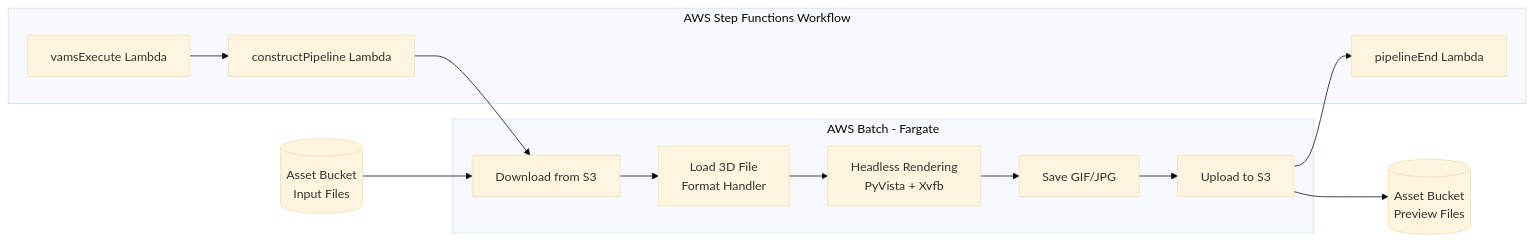
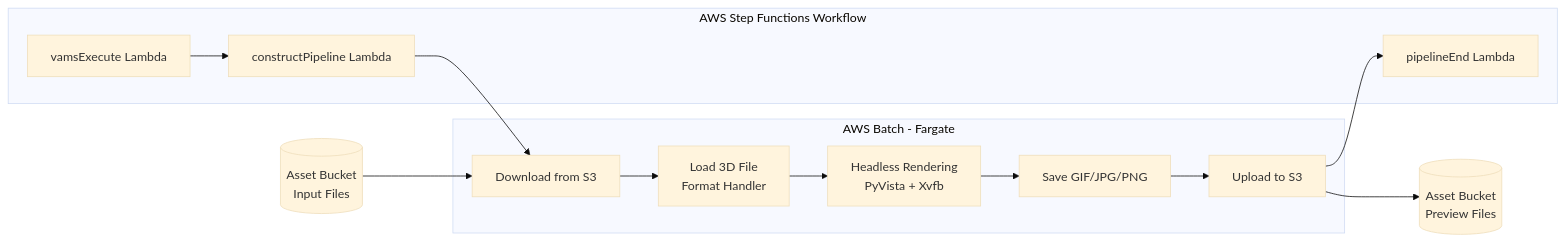
The diagram in documentation/docusaurus-site/docs/pipelines/3d-thumbnail.md (awslabs/visual-asset-management-system), drawn with Mermaid (base theme) before and after one commit. The commit also changed other lines of this file and 2239 other files, not shown here.

````diff
--- a/documentation/docusaurus-site/docs/pipelines/3d-thumbnail.md
+++ b/documentation/docusaurus-site/docs/pipelines/3d-thumbnail.md
@@ -48,29 +48,29 @@
 ```mermaid
 flowchart LR
     subgraph Workflow["AWS Step Functions Workflow"]
         VE[vamsExecute Lambda]
         CP[constructPipeline Lambda]
         PE[pipelineEnd Lambda]
     end
 
     subgraph Batch["AWS Batch - Fargate"]
         DL[Download from S3]
         Load[Load 3D File<br/>Format Handler]
         Render[Headless Rendering<br/>PyVista + Xvfb]
-        Save[Save GIF/JPG]
+        Save[Save GIF/JPG/PNG]
         UL[Upload to S3]
     end
 
     S3In[(Asset Bucket<br/>Input Files)]
     S3Out[(Asset Bucket<br/>Preview Files)]
 
     VE --> CP
     CP --> DL
     S3In --> DL
     DL --> Load
     Load --> Render
     Render --> Save
     Save --> UL
     UL --> S3Out
     UL --> PE
 ```
````
